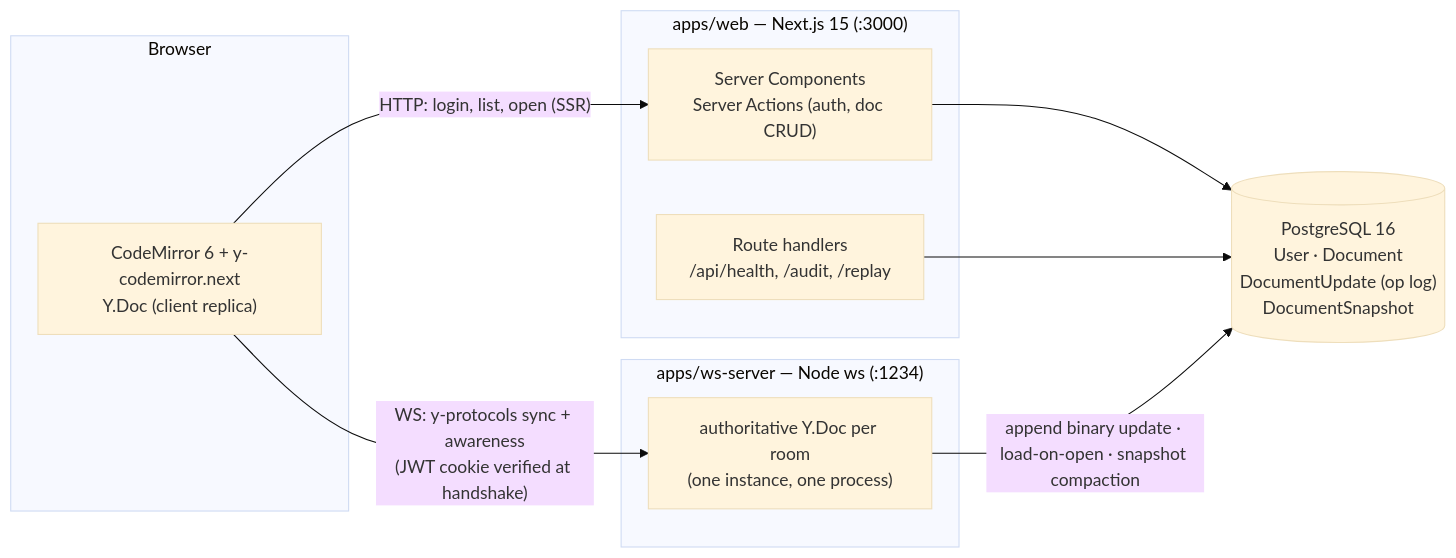
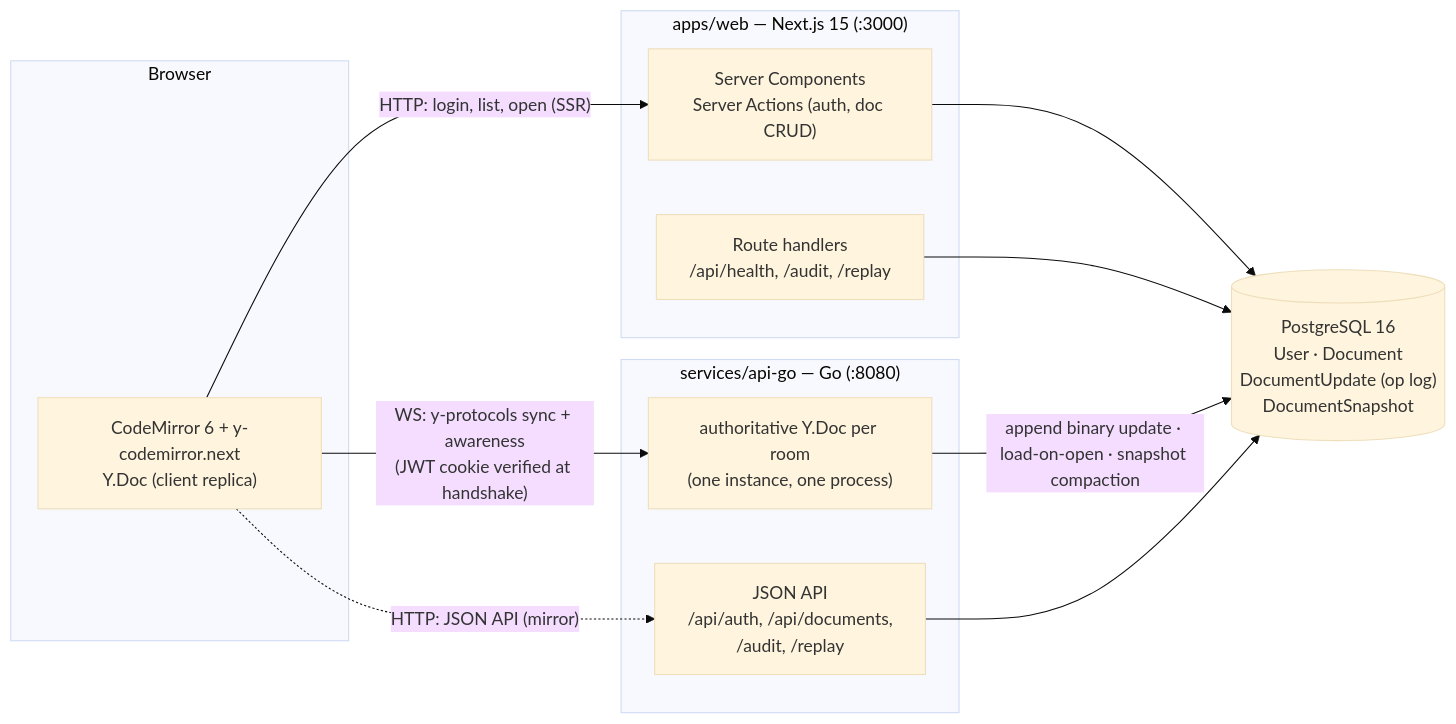
One commit to Contictus/collab-editor changed the diagram in README.md. Above: the diagram before and after it, drawn with Mermaid (base theme). The commit also changed other lines of this file, not shown here.

````diff
--- a/README.md
+++ b/README.md
@@ -21,23 +22,26 @@
 ```mermaid
 flowchart LR
   subgraph Browser
     CM["CodeMirror 6 + y-codemirror.next<br/>Y.Doc (client replica)"]
   end
 
   subgraph web["apps/web — Next.js 15 (:3000)"]
     RSC["Server Components<br/>Server Actions (auth, doc CRUD)"]
     API["Route handlers<br/>/api/health, /audit, /replay"]
   end
 
-  subgraph ws["apps/ws-server — Node ws (:1234)"]
+  subgraph go["services/api-go — Go (:8080)"]
     ROOM["authoritative Y.Doc per room<br/>(one instance, one process)"]
+    REST["JSON API<br/>/api/auth, /api/documents,<br/>/audit, /replay"]
   end
 
   PG[("PostgreSQL 16<br/>User · Document<br/>DocumentUpdate (op log)<br/>DocumentSnapshot")]
 
   CM -- "HTTP: login, list, open (SSR)" --> RSC
   CM -- "WS: y-protocols sync + awareness<br/>(JWT cookie verified at handshake)" --> ROOM
+  CM -. "HTTP: JSON API (mirror)" .-> REST
   RSC --> PG
   API --> PG
   ROOM -- "append binary update · load-on-open · snapshot compaction" --> PG
+  REST --> PG
 ```
````
